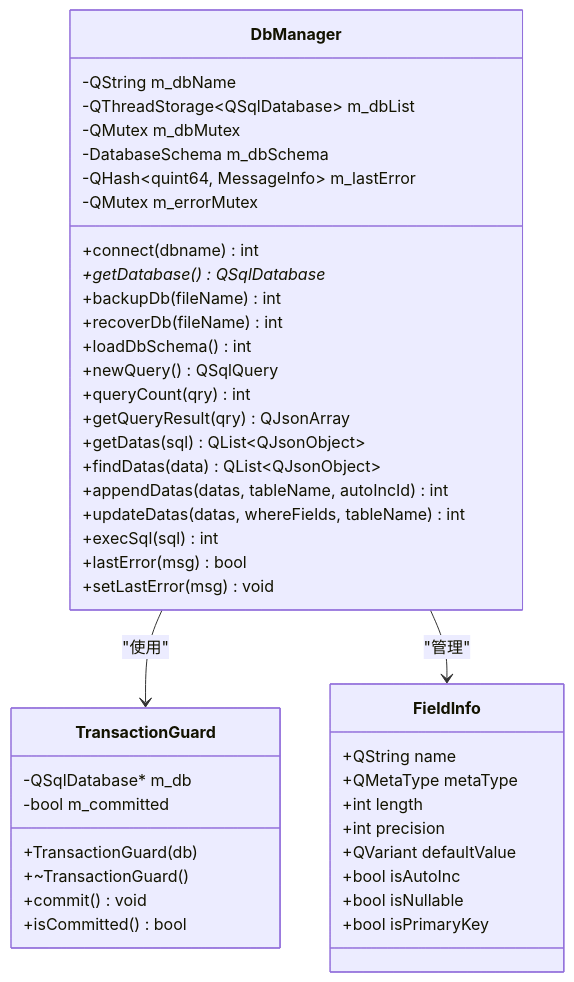
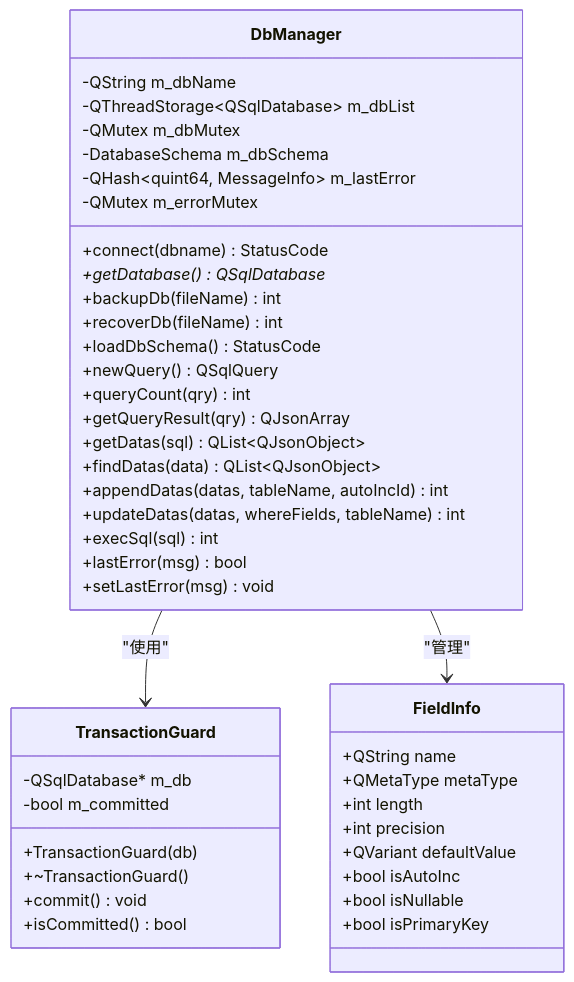
The second of 12 diagrams in .qoder/repowiki/zh/content/核心模块/数据库管理模块.md (ihula/QmlPlugins), drawn with Mermaid before and after one commit. The commit also changed other lines of this file and 13 other files, not shown here.

````diff
--- a/.qoder/repowiki/zh/content/核心模块/数据库管理模块.md
+++ b/.qoder/repowiki/zh/content/核心模块/数据库管理模块.md
@@ -81,46 +90,46 @@
 ```mermaid
 classDiagram
 class DbManager {
 -QString m_dbName
 -QThreadStorage~QSqlDatabase~ m_dbList
 -QMutex m_dbMutex
 -DatabaseSchema m_dbSchema
 -QHash~quint64, MessageInfo~ m_lastError
 -QMutex m_errorMutex
-+connect(dbname) int
++connect(dbname) StatusCode
 +getDatabase() QSqlDatabase*
 +backupDb(fileName) int
 +recoverDb(fileName) int
-+loadDbSchema() int
++loadDbSchema() StatusCode
 +newQuery() QSqlQuery
 +queryCount(qry) int
 +getQueryResult(qry) QJsonArray
 +getDatas(sql) QList~QJsonObject~
 +findDatas(data) QList~QJsonObject~
 +appendDatas(datas, tableName, autoIncId) int
 +updateDatas(datas, whereFields, tableName) int
 +execSql(sql) int
 +lastError(msg) bool
 +setLastError(msg) void
 }
 class TransactionGuard {
 -QSqlDatabase* m_db
 -bool m_committed
 +TransactionGuard(db)
 +~TransactionGuard()
 +commit() void
 +isCommitted() bool
 }
 class FieldInfo {
 +QString name
 +QMetaType metaType
 +int length
 +int precision
 +QVariant defaultValue
 +bool isAutoInc
 +bool isNullable
 +bool isPrimaryKey
 }
 DbManager --> TransactionGuard : "使用"
 DbManager --> FieldInfo : "管理"
 ```
````
